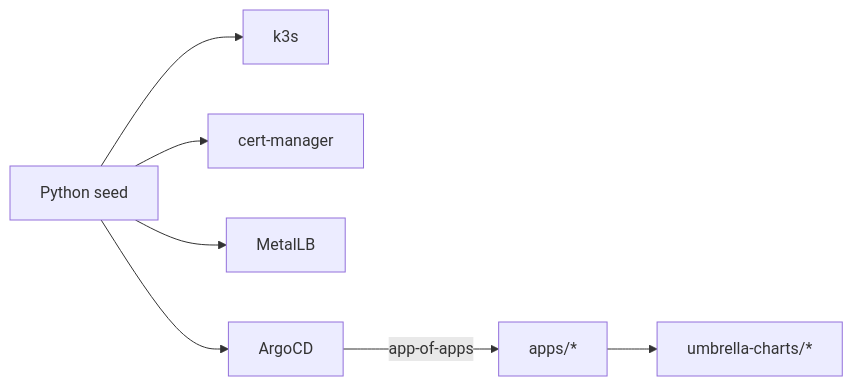
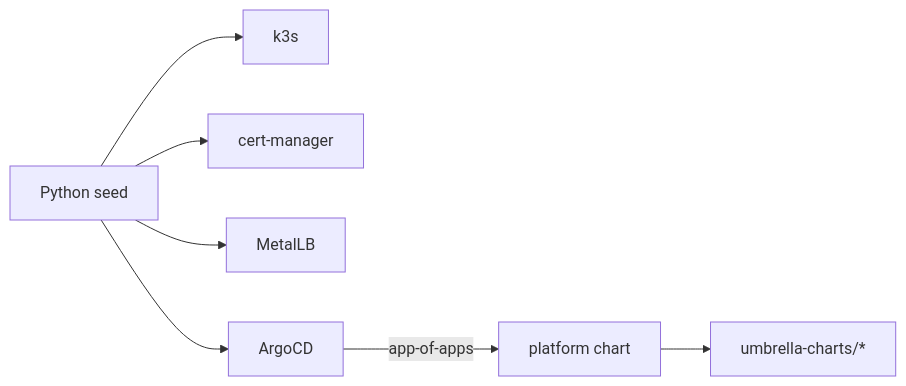
The diagram in README.md (forterro/k3s-workstation-platform), drawn with Mermaid before and after one commit. The commit also changed other lines of this file and 17 other files, not shown here.

````diff
--- a/README.md
+++ b/README.md
@@ -22,9 +22,9 @@
 ```mermaid
 flowchart LR
   seed[Python seed] --> k3s[k3s]
   seed --> cm[cert-manager]
   seed --> mlb[MetalLB]
   seed --> argo[ArgoCD]
-  argo -->|app-of-apps| apps[apps/*]
+  argo -->|app-of-apps| apps[platform chart]
   apps --> charts[umbrella-charts/*]
 ```
````
